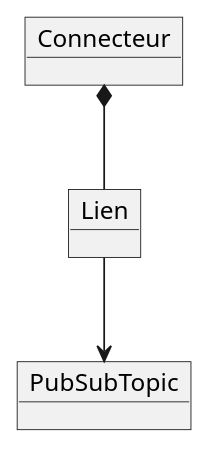
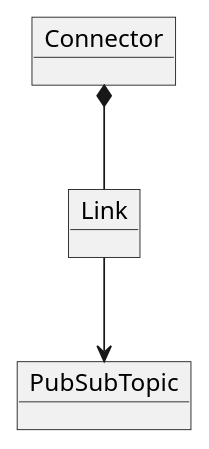
The diagram in gitbook/concepts/pubsub-bridge.md (dimonoff/docs), drawn with PlantUML before and after one commit. The commit also changed other lines of this file and 2 other files, not shown here.

````diff
--- a/gitbook/concepts/pubsub-bridge.md
+++ b/gitbook/concepts/pubsub-bridge.md
@@ -7,10 +7,10 @@
 ```plantuml
 @startuml
-object Connecteur
-object Lien
+object Connector
+object Link
 object PubSubTopic
 
-Connecteur *-- Lien
-Lien --> PubSubTopic
+Connector *-- Link
+Link --> PubSubTopic
 @enduml 
 ```
````
